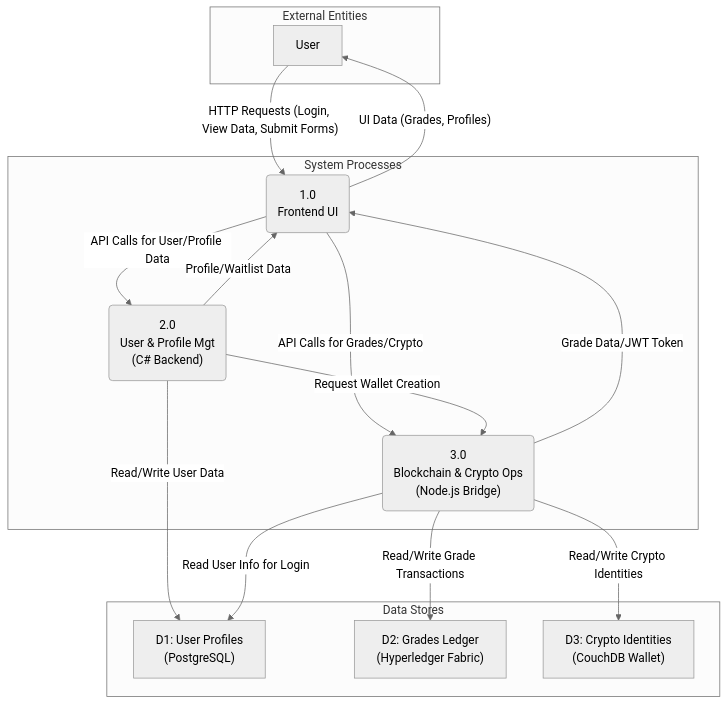
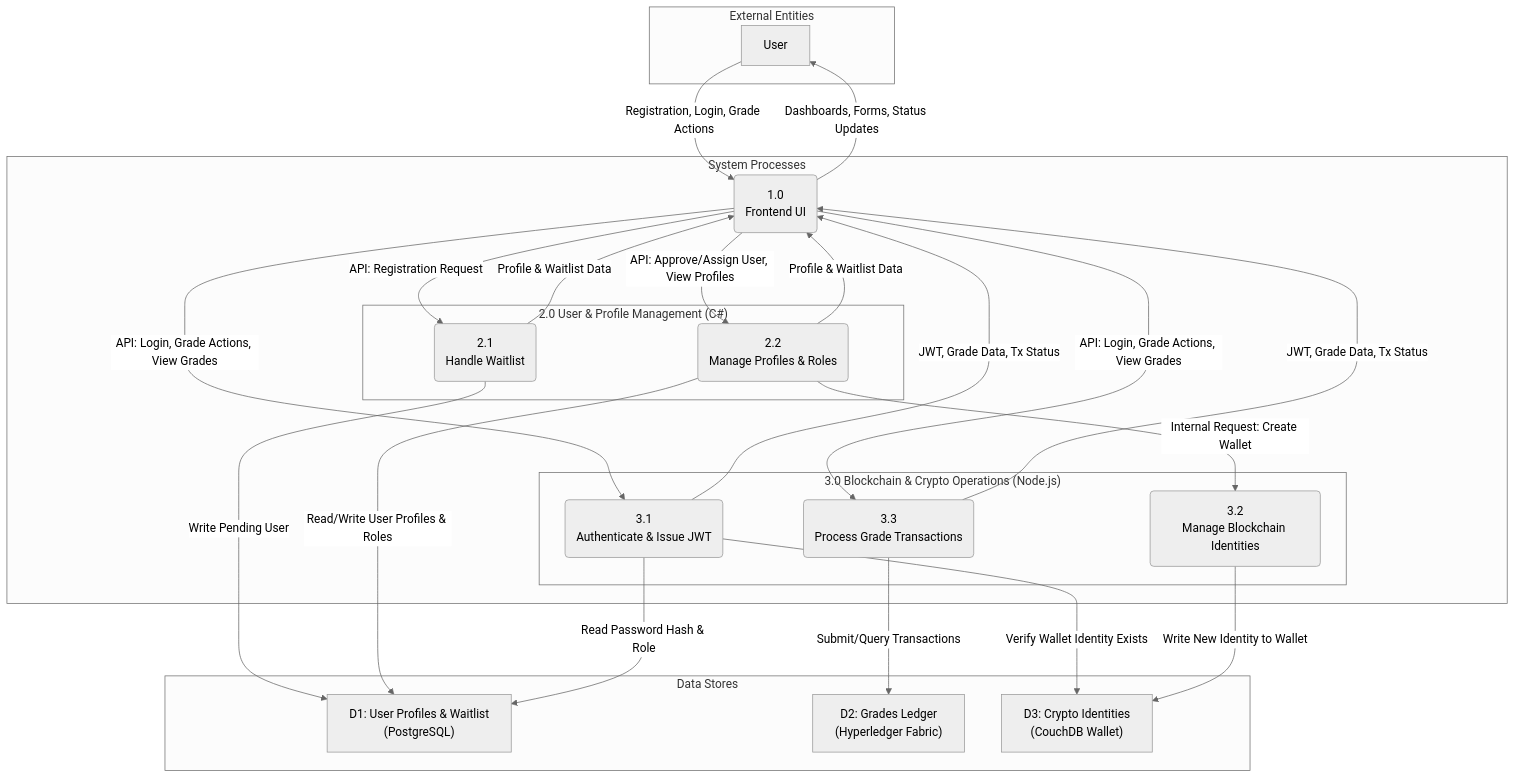
The third of 6 diagrams in Guide.md (Pat-asc/Capstone-Project-BlockChain-BlockGo), drawn with Mermaid (neutral theme) before and after one commit. The commit also changed other lines of this file, not shown here.

Commit message:
anotherone1 guide.md

````diff
--- a/Guide.md
+++ b/Guide.md
@@ -123,34 +123,43 @@
 ```mermaid
 graph TD
     subgraph "External Entities"
         U[<fa:fa-user> User]
     end
-
+ 
     subgraph "System Processes"
         P1("1.0<br>Frontend UI")
-        P2("2.0<br>User & Profile Mgt<br>(C# Backend)")
-        P3("3.0<br>Blockchain & Crypto Ops<br>(Node.js Bridge)")
+ 
+        subgraph "2.0 User & Profile Management (C#)"
+            P2_1("2.1<br>Handle Waitlist")
+            P2_2("2.2<br>Manage Profiles & Roles")
+        end
+ 
+        subgraph "3.0 Blockchain & Crypto Operations (Node.js)"
+            P3_1("3.1<br>Authenticate & Issue JWT")
+            P3_2("3.2<br>Manage Blockchain Identities")
+            P3_3("3.3<br>Process Grade Transactions")
+        end
     end
-
+ 
     subgraph "Data Stores"
-        D1["<fa:fa-database> D1: User Profiles<br>(PostgreSQL)"]
+        D1["<fa:fa-database> D1: User Profiles & Waitlist<br>(PostgreSQL)"]
         D2["<fa:fa-link> D2: Grades Ledger<br>(Hyperledger Fabric)"]
         D3["<fa:fa-wallet> D3: Crypto Identities<br>(CouchDB Wallet)"]
     end
-
-    U -- "HTTP Requests (Login, View Data, Submit Forms)" --> P1
-    P1 -- "UI Data (Grades, Profiles)" --> U
-
-    P1 -- "API Calls for User/Profile Data" --> P2
-    P2 -- "Profile/Waitlist Data" --> P1
-
-    P1 -- "API Calls for Grades/Crypto" --> P3
-    P3 -- "Grade Data/JWT Token" --> P1
-
-    P2 -- "Read/Write User Data" --> D1
-    P2 -- "Request Wallet Creation" --> P3
-
-    P3 -- "Read/Write Crypto Identities" --> D3
-    P3 -- "Read/Write Grade Transactions" --> D2
-    P3 -- "Read User Info for Login" --> D1
+ 
+    %% --- Data Flows ---
+    U -- "Registration, Login, Grade Actions" --> P1
+    P1 -- "Dashboards, Forms, Status Updates" --> U
+    P1 -- "API: Registration Request" --> P2_1
+    P1 -- "API: Approve/Assign User, View Profiles" --> P2_2
+    P1 -- "API: Login, Grade Actions, View Grades" --> P3_1 & P3_3
+    P2_1 & P2_2 -- "Profile & Waitlist Data" --> P1
+    P3_1 & P3_3 -- "JWT, Grade Data, Tx Status" --> P1
+    P2_1 -- "Write Pending User" --> D1
+    P2_2 -- "Read/Write User Profiles & Roles" --> D1
+    P2_2 -- "Internal Request: Create Wallet" --> P3_2
+    P3_1 -- "Read Password Hash & Role" --> D1
+    P3_1 -- "Verify Wallet Identity Exists" --> D3
+    P3_2 -- "Write New Identity to Wallet" --> D3
+    P3_3 -- "Submit/Query Transactions" --> D2
 ```
````
